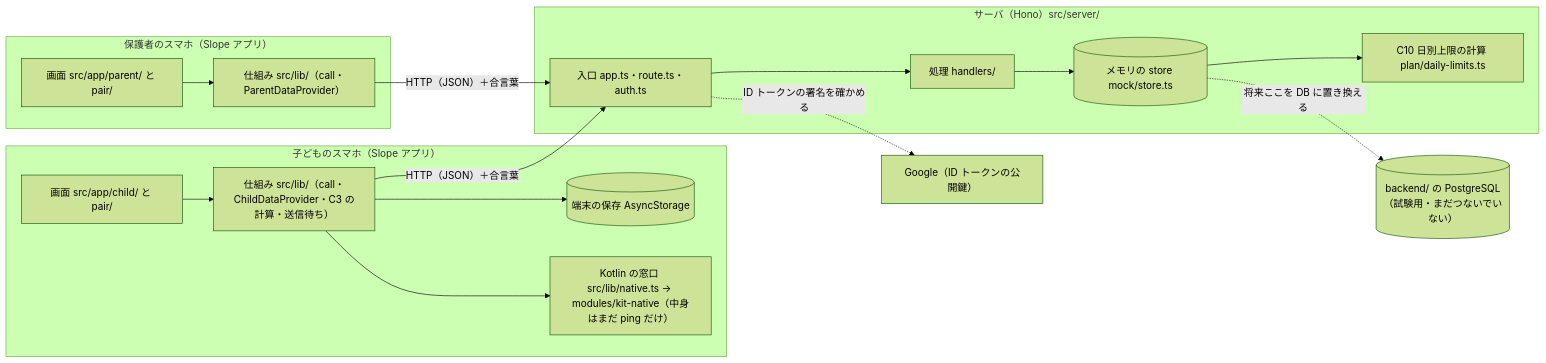
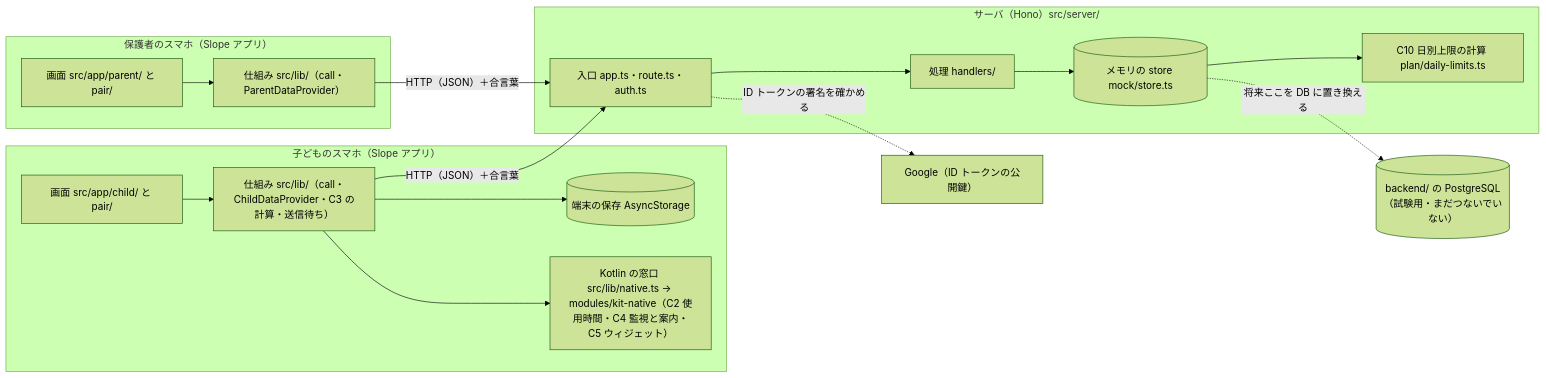
One commit to jphacks/sp_2602 changed the first of 3 diagrams in docs/architecture.md. Above: the diagram before and after it, drawn with Mermaid (forest theme). The commit also changed other lines of this file and 46 other files, not shown here.

First line of the commit message:
feat: Kotlin で使用時間の取得（C2）・上限の案内（C4）・ウィジェット（C5）・Device Owner を作る

````diff
--- a/docs/architecture.md
+++ b/docs/architecture.md
@@ -8,32 +8,32 @@
 ```mermaid
 flowchart LR
   subgraph PD["保護者のスマホ（Slope アプリ）"]
     PA["画面 src/app/parent/ と pair/"]
     PL["仕組み src/lib/（call・ParentDataProvider）"]
   end
   subgraph CD["子どものスマホ（Slope アプリ）"]
     CA["画面 src/app/child/ と pair/"]
     CL["仕組み src/lib/（call・ChildDataProvider・C3 の計算・送信待ち）"]
     CS[("端末の保存 AsyncStorage")]
-    K["Kotlin の窓口 src/lib/native.ts → modules/kit-native（中身はまだ ping だけ）"]
+    K["Kotlin の窓口 src/lib/native.ts → modules/kit-native（C2 使用時間・C4 監視と案内・C5 ウィジェット）"]
   end
   subgraph SV["サーバ（Hono）src/server/"]
     R["入口 app.ts・route.ts・auth.ts"]
     H["処理 handlers/"]
     ST[("メモリの store mock/store.ts")]
     C10["C10 日別上限の計算 plan/daily-limits.ts"]
   end
   G["Google（ID トークンの公開鍵）"]
   DB[("backend/ の PostgreSQL（試験用・まだつないでいない）")]
 
   PA --> PL
   CA --> CL
   CL --> CS
   CL --> K
   PL -- "HTTP（JSON）＋合言葉" --> R
   CL -- "HTTP（JSON）＋合言葉" --> R
   R --> H --> ST
   ST --> C10
   R -.->|"ID トークンの署名を確かめる"| G
   ST -.->|"将来ここを DB に置き換える"| DB
 ```
````
